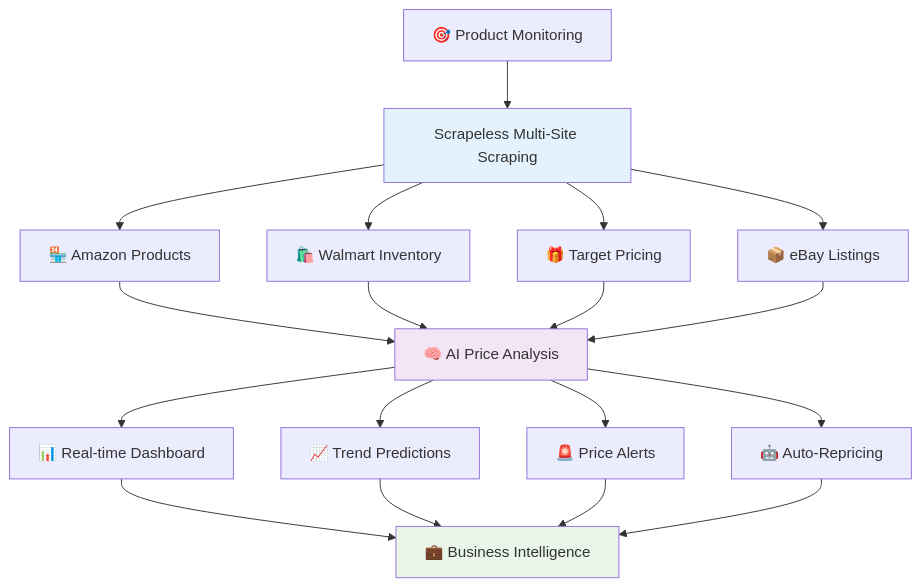
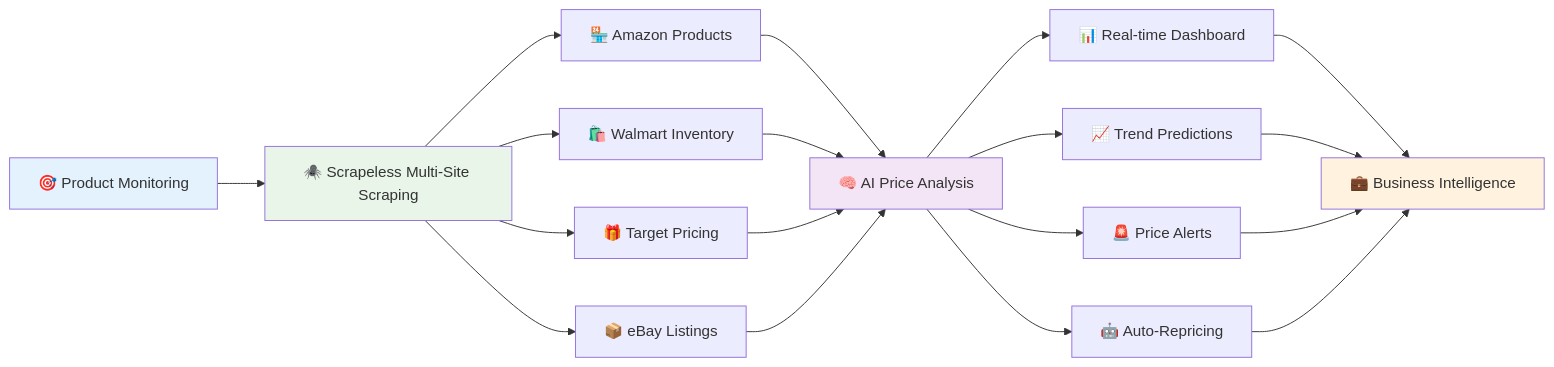
The third of 10 diagrams in README.md (itsOwen/scrapeless), drawn with Mermaid before and after one commit. The commit also changed other lines of this file, not shown here.

````diff
--- a/README.md
+++ b/README.md
@@ -666,28 +681,29 @@
 ```mermaid
-graph TB
-    A[🎯 Product Monitoring] --> B[Scrapeless Multi-Site Scraping]
+graph LR
+    A[🎯 Product Monitoring] --> B[🕷️ Scrapeless Multi-Site Scraping]
     
     B --> C[🏪 Amazon Products]
     B --> D[🛍️ Walmart Inventory] 
     B --> E[🎁 Target Pricing]
     B --> F[📦 eBay Listings]
     
     C --> G[🧠 AI Price Analysis]
     D --> G
     E --> G
     F --> G
     
     G --> H[📊 Real-time Dashboard]
     G --> I[📈 Trend Predictions]
     G --> J[🚨 Price Alerts]
     G --> K[🤖 Auto-Repricing]
     
     H --> L[💼 Business Intelligence]
     I --> L
     J --> L
     K --> L
     
-    style B fill:#e3f2fd
+    style A fill:#e3f2fd
+    style B fill:#e8f5e8
     style G fill:#f3e5f5
-    style L fill:#e8f5e8
+    style L fill:#fff3e0
 ```
````
